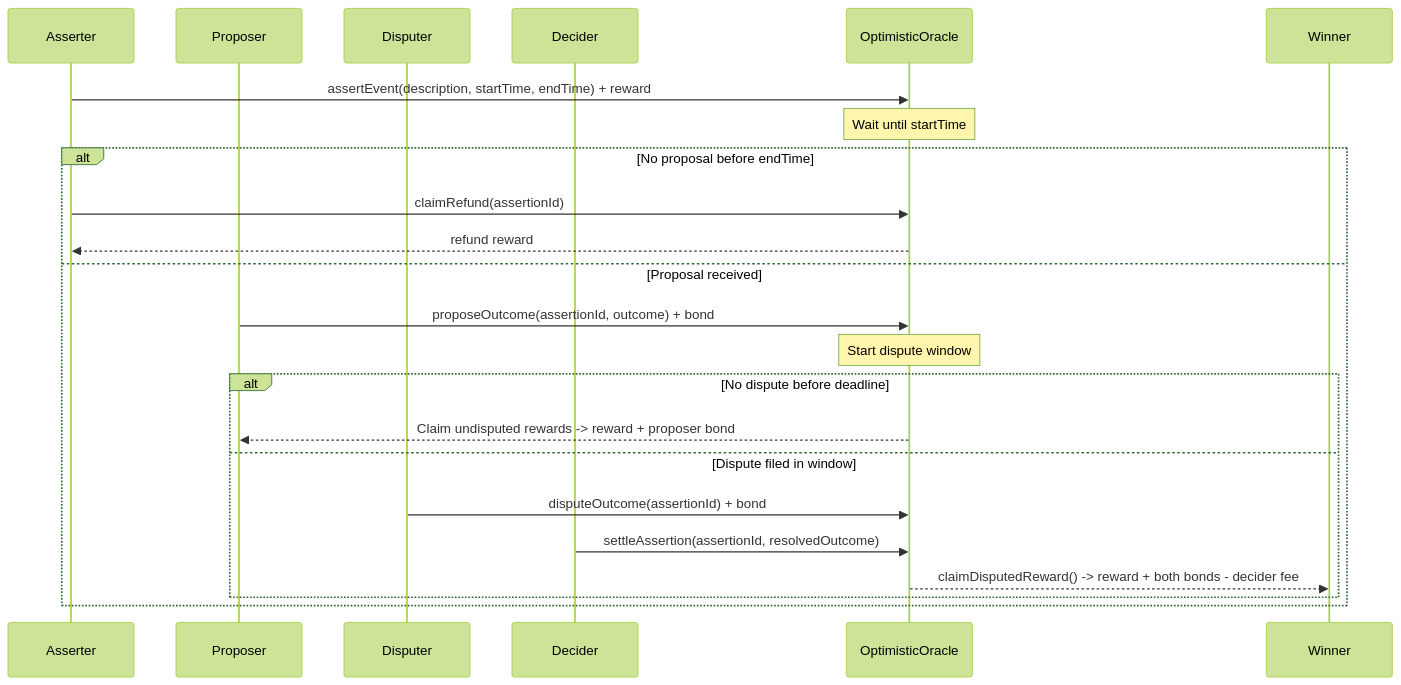
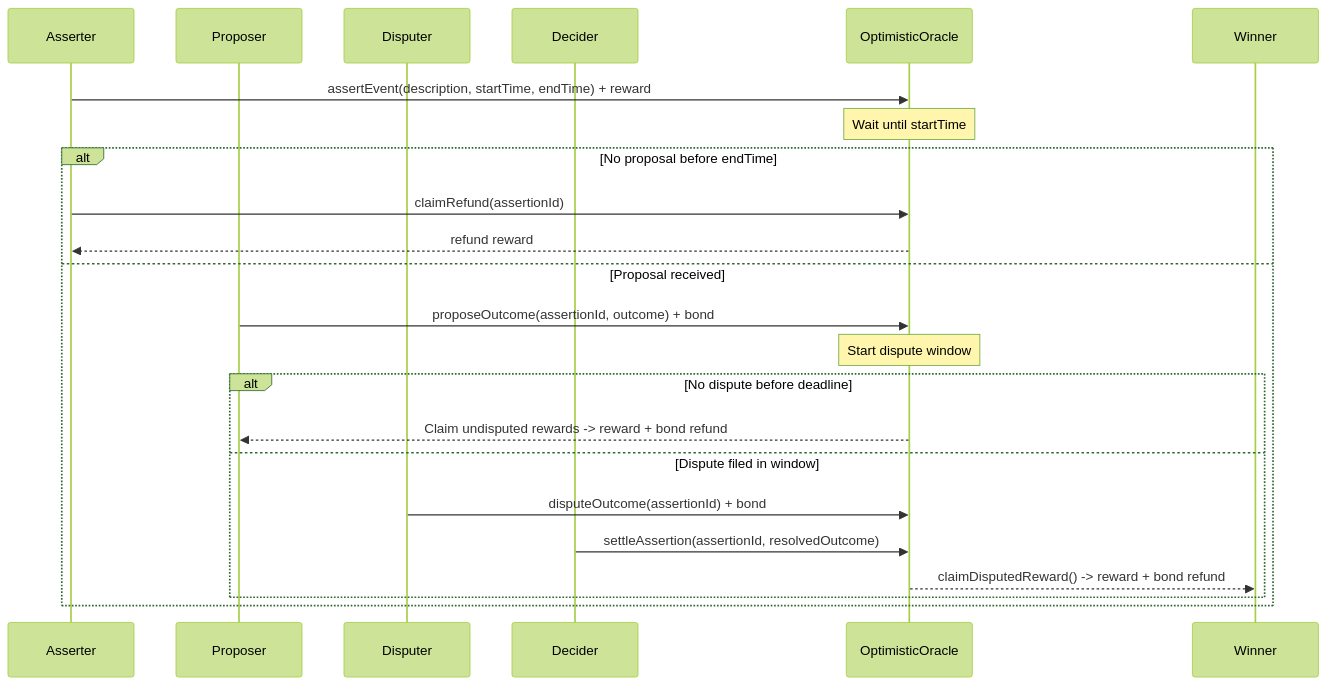
The diagram in README.md (BuidlGuidl/oracle-challenge), drawn with Mermaid (forest theme) before and after one commit. The commit also changed other lines of this file and 1 other file, not shown here.

````diff
--- a/README.md
+++ b/README.md
@@ -418,25 +418,25 @@
 ```mermaid
 
 sequenceDiagram
   participant A as Asserter
   participant P as Proposer
   participant D as Disputer
   participant C as Decider
   participant O as OptimisticOracle
   A->>O: assertEvent(description, startTime, endTime) + reward
   Note over O: Wait until startTime
   alt No proposal before endTime
     A->>O: claimRefund(assertionId)
     O-->>A: refund reward
   else Proposal received
     P->>O: proposeOutcome(assertionId, outcome) + bond
     Note over O: Start dispute window
     alt No dispute before deadline
-      O-->>P: Claim undisputed rewards -> reward + proposer bond
+      O-->>P: Claim undisputed rewards -> reward + bond refund
     else Dispute filed in window
       D->>O: disputeOutcome(assertionId) + bond
       C->>O: settleAssertion(assertionId, resolvedOutcome)
-      O-->>Winner: claimDisputedReward() -> reward + both bonds - decider fee
+      O-->>Winner: claimDisputedReward() -> reward + bond refund
     end
   end
 ```
````
